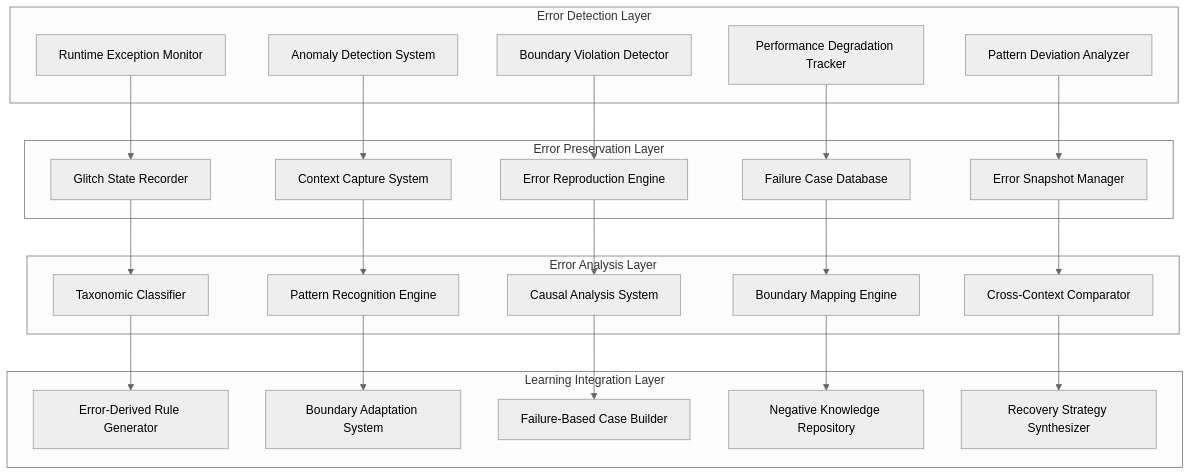
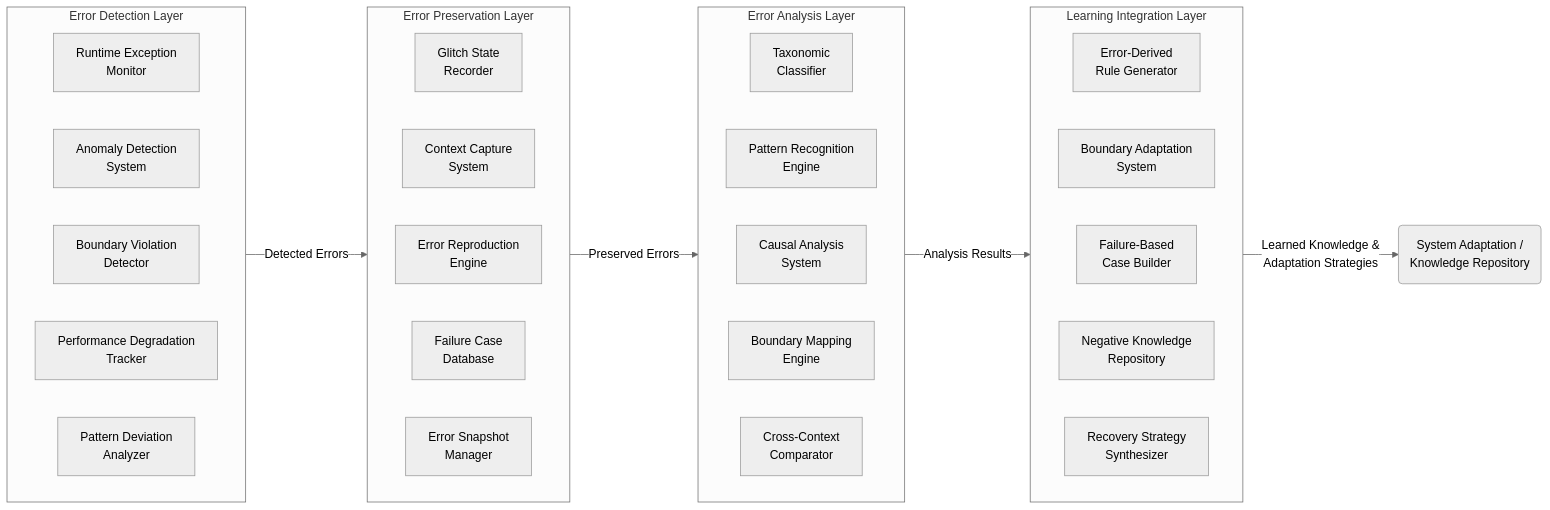
One commit to ActiveInferenceInstitute/CEREBRUM changed the first of 10 diagrams in docs/speculative_design/glitch_ontology_error_learning_cerebrum.md. Above: the diagram before and after it, drawn with Mermaid (neutral theme). The commit also changed other lines of this file and 1 other file, not shown here.

````diff
--- a/docs/speculative_design/glitch_ontology_error_learning_cerebrum.md
+++ b/docs/speculative_design/glitch_ontology_error_learning_cerebrum.md
@@ -79,52 +79,48 @@
 ```mermaid
-graph TD
-    subgraph "Error Detection Layer"
-    A1[Runtime Exception Monitor]
-    A2[Anomaly Detection System]
-    A3[Boundary Violation Detector]
-    A4[Performance Degradation Tracker]
-    A5[Pattern Deviation Analyzer]
+graph LR
+    subgraph DET ["Error Detection Layer"]
+        direction LR
+        A1[Runtime Exception<br>Monitor]
+        A2[Anomaly Detection<br>System]
+        A3[Boundary Violation<br>Detector]
+        A4[Performance Degradation<br>Tracker]
+        A5[Pattern Deviation<br>Analyzer]
     end
     
-    subgraph "Error Preservation Layer"
-    B1[Glitch State Recorder]
-    B2[Context Capture System]
-    B3[Error Reproduction Engine]
-    B4[Failure Case Database]
-    B5[Error Snapshot Manager]
+    subgraph PRE ["Error Preservation Layer"]
+        direction LR
+        B1[Glitch State<br>Recorder]
+        B2[Context Capture<br>System]
+        B3[Error Reproduction<br>Engine]
+        B4[Failure Case<br>Database]
+        B5[Error Snapshot<br>Manager]
     end
     
-    subgraph "Error Analysis Layer"
-    C1[Taxonomic Classifier]
-    C2[Pattern Recognition Engine]
-    C3[Causal Analysis System]
-    C4[Boundary Mapping Engine]
-    C5[Cross-Context Comparator]
+    subgraph ANA ["Error Analysis Layer"]
+        direction LR
+        C1[Taxonomic<br>Classifier]
+        C2[Pattern Recognition<br>Engine]
+        C3[Causal Analysis<br>System]
+        C4[Boundary Mapping<br>Engine]
+        C5[Cross-Context<br>Comparator]
     end
     
-    subgraph "Learning Integration Layer"
-    D1[Error-Derived Rule Generator]
-    D2[Boundary Adaptation System]
-    D3[Failure-Based Case Builder]
-    D4[Negative Knowledge Repository]
-    D5[Recovery Strategy Synthesizer]
+    subgraph INT ["Learning Integration Layer"]
+        direction LR
+        D1[Error-Derived<br>Rule Generator]
+        D2[Boundary Adaptation<br>System]
+        D3[Failure-Based<br>Case Builder]
+        D4[Negative Knowledge<br>Repository]
+        D5[Recovery Strategy<br>Synthesizer]
     end
     
-    A1 --> B1
-    A2 --> B2
-    A3 --> B3
-    A4 --> B4
-    A5 --> B5
-    
-    B1 --> C1
-    B2 --> C2
-    B3 --> C3
-    B4 --> C4
-    B5 --> C5
-    
-    C1 --> D1
-    C2 --> D2
-    C3 --> D3
-    C4 --> D4
-    C5 --> D5
+    DET -- "Detected Errors" --> PRE
+    PRE -- "Preserved Errors" --> ANA
+    ANA -- "Analysis Results" --> INT
+    INT -- "Learned Knowledge &<br>Adaptation Strategies" --> SystemAdaptation(System Adaptation /<br>Knowledge Repository)
+
+    %% Detailed Links (Optional for clarity, can clutter)
+    %% A1 --> B1; A2 --> B2; A3 --> B3; A4 --> B4; A5 --> B5;
+    %% B1 --> C1; B2 --> C2; B3 --> C3; B4 --> C4; B5 --> C5;
+    %% C1 --> D1; C2 --> D2; C3 --> D3; C4 --> D4; C5 --> D5;
 ```
````
